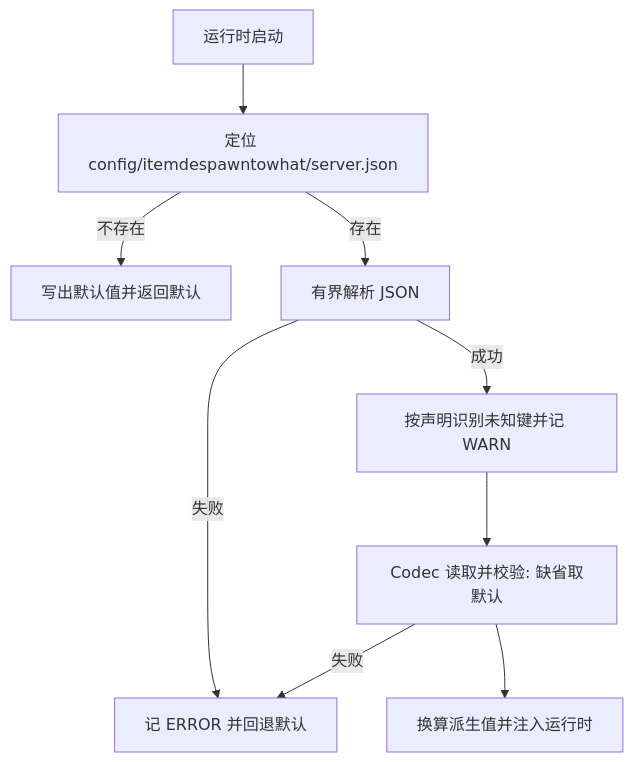
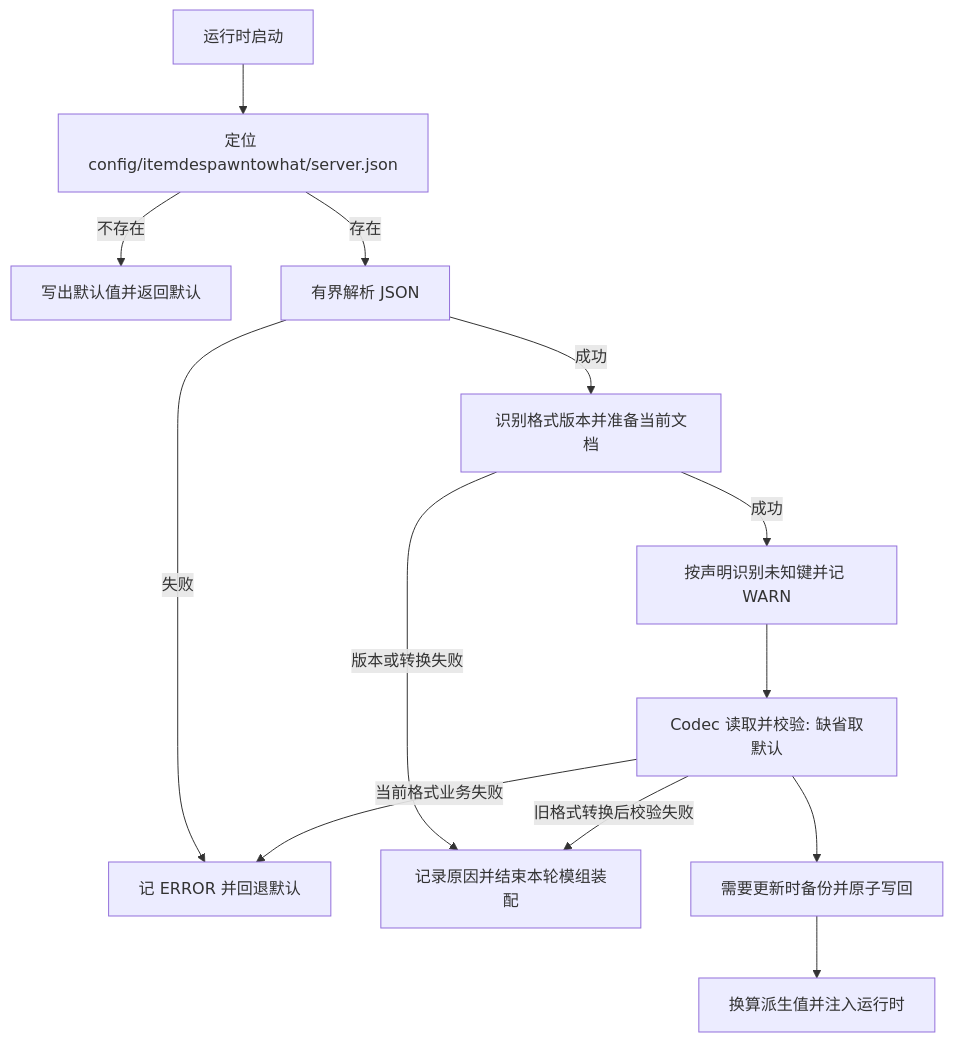
One commit to meteoritel/item-despawn-to-what changed the diagram in docs/ops/configuration.md. Above: the diagram before and after it, drawn with Mermaid. The commit also changed other lines of this file and 40 other files, not shown here.

````diff
--- a/docs/ops/configuration.md
+++ b/docs/ops/configuration.md
@@ -24,11 +24,15 @@
 ```mermaid
 flowchart TB
     A[运行时启动] --> B[定位 config/itemdespawntowhat/server.json]
     B -->|不存在| C[写出默认值并返回默认]
     B -->|存在| D[有界解析 JSON]
     D -->|失败| E[记 ERROR 并回退默认]
-    D -->|成功| W[按声明识别未知键并记 WARN]
+    D -->|成功| V[识别格式版本并准备当前文档]
+    V -->|版本或转换失败| X[记录原因并结束本轮模组装配]
+    V -->|成功| W[按声明识别未知键并记 WARN]
     W --> F[Codec 读取并校验: 缺省取默认]
-    F -->|失败| E
-    F --> G[换算派生值并注入运行时]
+    F -->|当前格式业务失败| E
+    F -->|旧格式转换后校验失败| X
+    F --> S[需要更新时备份并原子写回]
+    S --> G[换算派生值并注入运行时]
 ```
````
